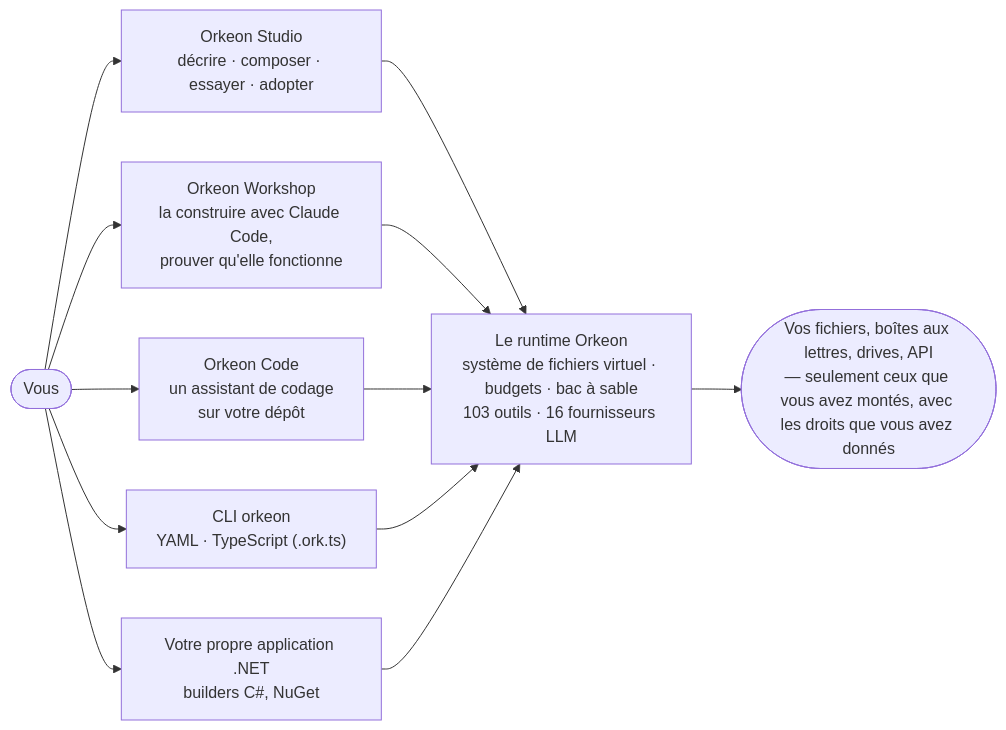
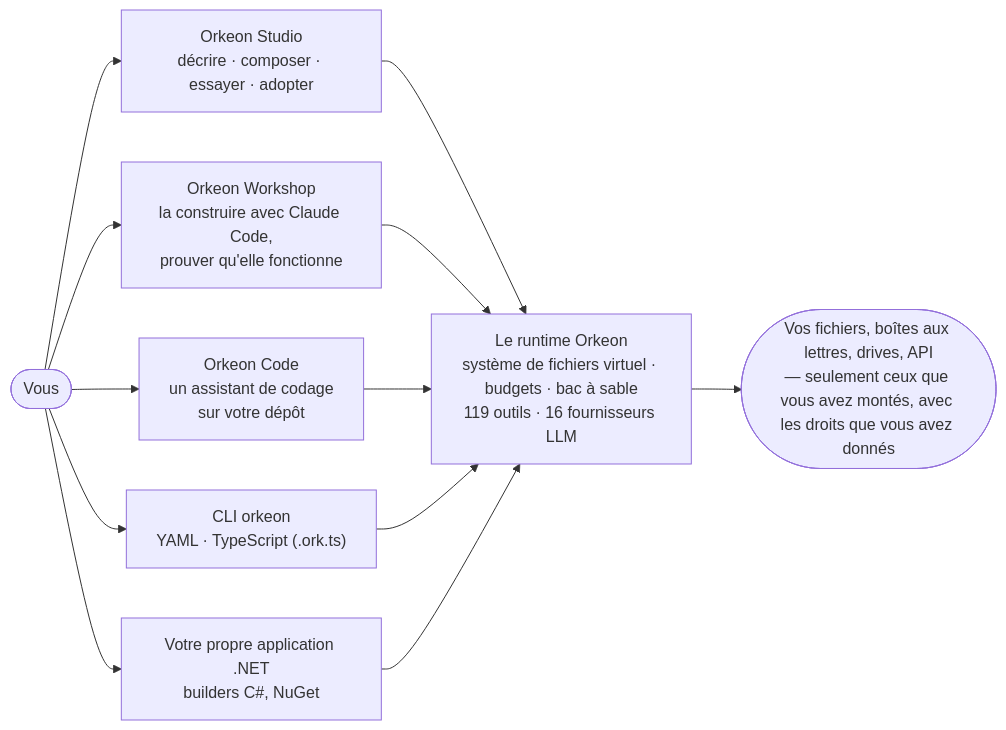
Before and after one commit to Orkeon/orkeon: the diagram in README.fr.md, drawn with Mermaid. The commit also changed other lines of this file and 11 other files, not shown here.

Commit message:
docs(rt): close-out of the Orkeon Code runtime work, limitations rewritten, CHANGELOG for RT-01..RT-44, tool count 119, inventory and FR mirror (#179)

````diff
--- a/README.fr.md
+++ b/README.fr.md
@@ -30,10 +30,10 @@
 ```mermaid
 flowchart LR
     you(["Vous"]) --> studio["Orkeon Studio<br/>décrire · composer · essayer · adopter"]
     you --> workshop["Orkeon Workshop<br/>la construire avec Claude Code,<br/>prouver qu'elle fonctionne"]
     you --> code["Orkeon Code<br/>un assistant de codage<br/>sur votre dépôt"]
     you --> cli["CLI orkeon<br/>YAML · TypeScript (.ork.ts)"]
     you --> app["Votre propre application .NET<br/>builders C#, NuGet"]
-    studio & workshop & code & cli & app --> runtime["Le runtime Orkeon<br/>système de fichiers virtuel · budgets · bac à sable<br/>103 outils · 16 fournisseurs LLM"]
+    studio & workshop & code & cli & app --> runtime["Le runtime Orkeon<br/>système de fichiers virtuel · budgets · bac à sable<br/>119 outils · 16 fournisseurs LLM"]
     runtime --> world(["Vos fichiers, boîtes aux lettres, drives, API<br/>— seulement ceux que vous avez montés, avec les droits que vous avez donnés"])
 ```
````
